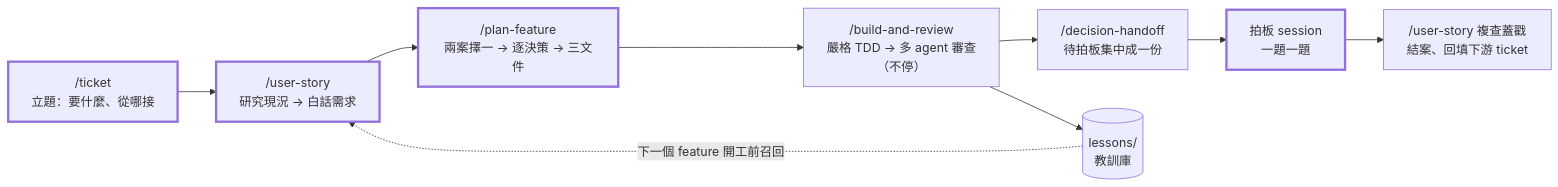
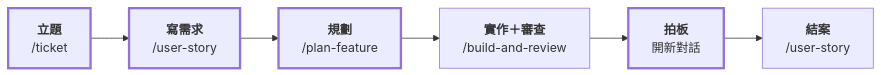
Before and after one commit to wrbyepct/sdd-harness: the diagram in README.md, drawn with Mermaid. The commit also changed other lines of this file and 6 other files, not shown here.

````diff
--- a/README.md
+++ b/README.md
@@ -18,17 +34,14 @@
 ```mermaid
 flowchart LR
-    T["/ticket<br/>立題：要什麼、從哪接"] --> U["/user-story<br/>研究現況 → 白話需求"]
-    U --> P["/plan-feature<br/>兩案擇一 → 逐決策 → 三文件"]
-    P --> B["/build-and-review<br/>嚴格 TDD → 多 agent 審查<br/>（不停）"]
-    B --> D["/decision-handoff<br/>待拍板集中成一份"]
-    D --> H["拍板 session<br/>一題一題"]
-    H --> V["/user-story 複查蓋戳<br/>結案、回填下游 ticket"]
-    B --> L[("lessons/<br/>教訓庫")]
-    L -. 下一個 feature 開工前召回 .-> U
+    T["<b>立題</b><br/>/ticket"] --> U["<b>寫需求</b><br/>/user-story"]
+    U --> P["<b>規劃</b><br/>/plan-feature"]
+    P --> B["<b>實作＋審查</b><br/>/build-and-review"]
+    B --> H["<b>拍板</b><br/>開新對話"]
+    H --> V["<b>結案</b><br/>/user-story"]
 
-    T:::gate
-    U:::gate
-    P:::gate
-    H:::gate
-    classDef gate stroke-width:3px
+    T:::you
+    U:::you
+    P:::you
+    H:::you
+    classDef you stroke-width:3px
 ```
````
